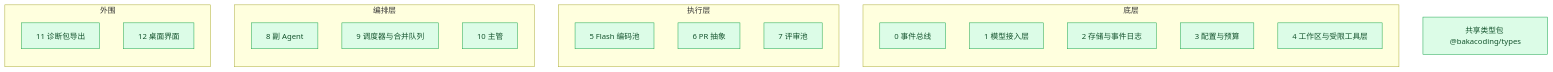
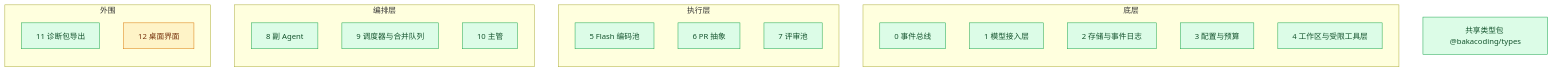
One commit to Akarin7784/BakaCoding changed the diagram in docs/progress.md. Above: the diagram before and after it, drawn with Mermaid. The commit also changed other lines of this file and 13 other files, not shown here.

````diff
--- a/docs/progress.md
+++ b/docs/progress.md
@@ -11,33 +11,33 @@
 ```mermaid
 flowchart BT
   subgraph 底层
     M0[0 事件总线]
     M1[1 模型接入层]
     M2[2 存储与事件日志]
     M3[3 配置与预算]
     M4[4 工作区与受限工具层]
   end
   subgraph 执行层
     M5[5 Flash 编码池]
     M6[6 PR 抽象]
     M7[7 评审池]
   end
   subgraph 编排层
     M8[8 副 Agent]
     M9[9 调度器与合并队列]
     M10[10 主管]
   end
   subgraph 外围
     M11[11 诊断包导出]
     M12[12 桌面界面]
   end
   T[共享类型包 @bakacoding/types]
 
   classDef todo fill:#f1f5f9,stroke:#94a3b8,color:#334155
   classDef doing fill:#fef3c7,stroke:#d97706,color:#78350f
   classDef done fill:#dcfce7,stroke:#16a34a,color:#14532d
 
   class M0,M1,M2,M3,M4,M5,M6,M7,M8,M9,M11,T done
   class M10 done
-  class M12 done
+  class M12 doing
 ```
````
